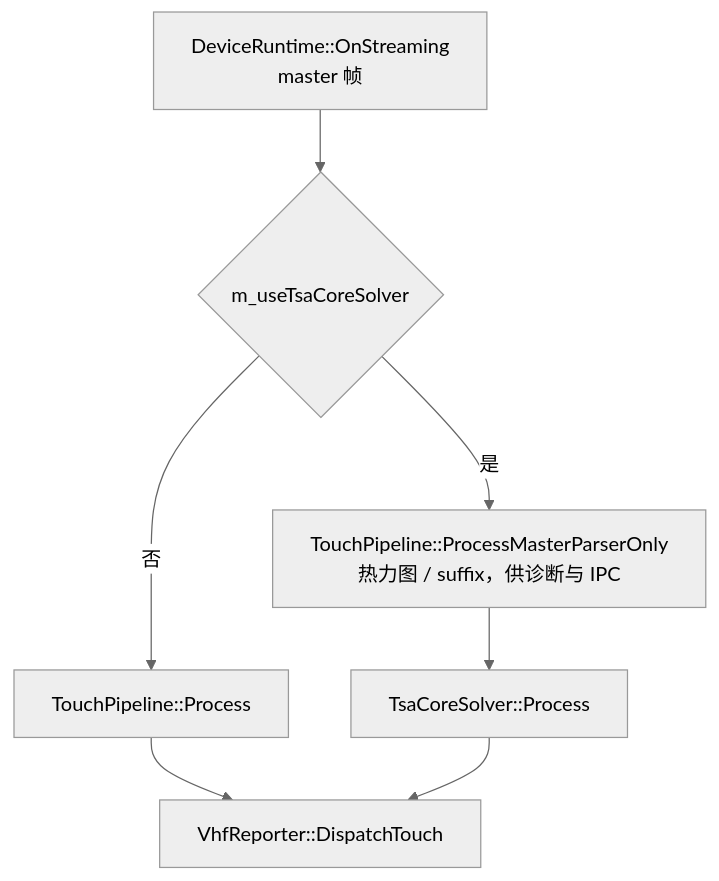
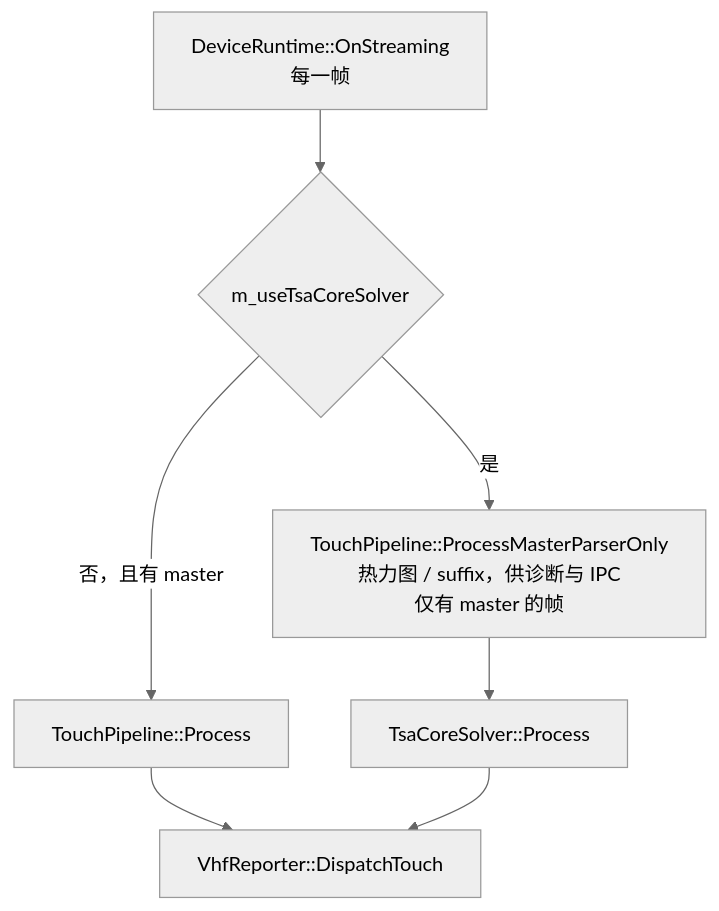
Before and after one commit to awarson2233/EGoTouchRev: the eighth of 12 diagrams in docs/finger_algorithms/tsacore-raw-integration.md, drawn with Mermaid (neutral theme). The commit also changed other lines of this file, not shown here.

````diff
--- a/docs/finger_algorithms/tsacore-raw-integration.md
+++ b/docs/finger_algorithms/tsacore-raw-integration.md
@@ -300,9 +305,9 @@
 ```mermaid
 flowchart TD
-    F["DeviceRuntime::OnStreaming<br/>master 帧"] --> SW{"m_useTsaCoreSolver"}
-    SW -- 否 --> TP["TouchPipeline::Process"]
-    SW -- 是 --> PA["TouchPipeline::ProcessMasterParserOnly<br/>热力图 / suffix，供诊断与 IPC"]
+    F["DeviceRuntime::OnStreaming<br/>每一帧"] --> SW{"m_useTsaCoreSolver"}
+    SW -- "否，且有 master" --> TP["TouchPipeline::Process"]
+    SW -- 是 --> PA["TouchPipeline::ProcessMasterParserOnly<br/>热力图 / suffix，供诊断与 IPC<br/>仅有 master 的帧"]
     PA --> TS["TsaCoreSolver::Process"]
     TP --> D["VhfReporter::DispatchTouch"]
     TS --> D
 ```
````
